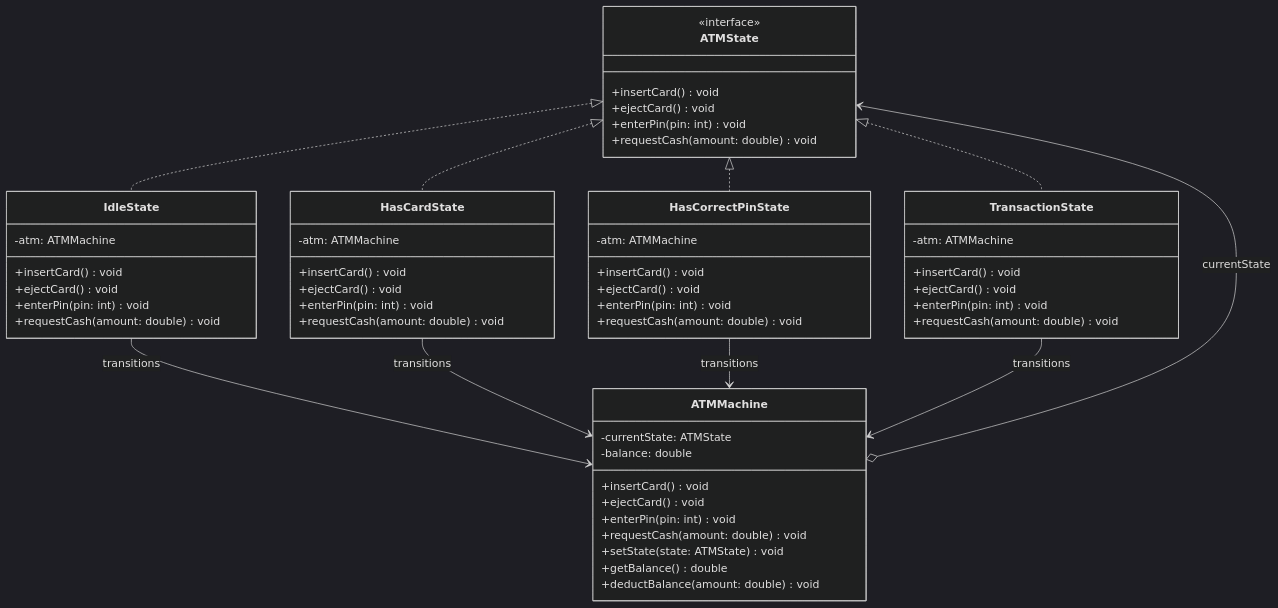
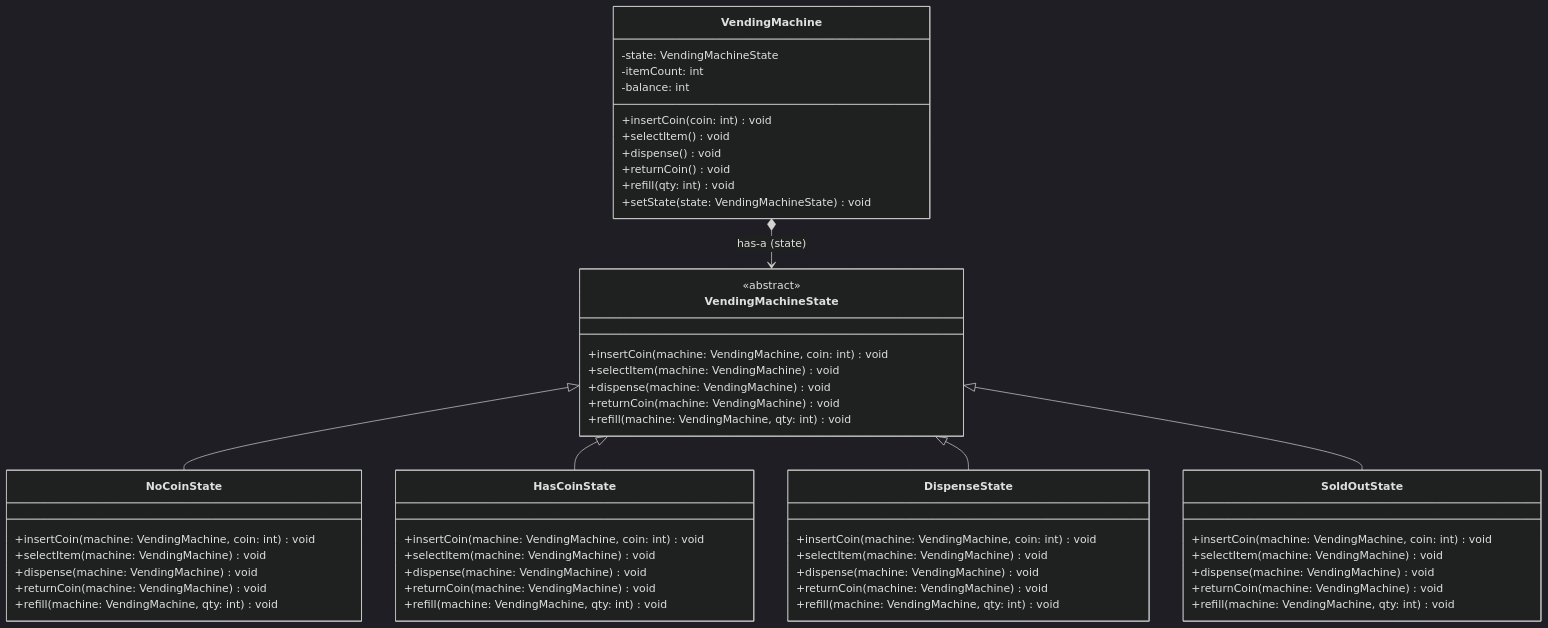
The diagram in src/state/README.md (kubrck/LLD), drawn with Mermaid (dark theme) before and after one commit. The commit also changed other lines of this file and 13 other files, not shown here.

First line of the commit message:
refactor(state): replace ATM with Vending Machine pattern

````diff
--- a/src/state/README.md
+++ b/src/state/README.md
@@ -7,64 +7,62 @@
 ```mermaid
 classDiagram
-    class ATMState {
-        <<interface>>
-        +insertCard() void
-        +ejectCard() void
-        +enterPin(pin: int) void
-        +requestCash(amount: double) void
+    class VendingMachineState {
+        <<abstract>>
+        +insertCoin(machine: VendingMachine, coin: int) void
+        +selectItem(machine: VendingMachine) void
+        +dispense(machine: VendingMachine) void
+        +returnCoin(machine: VendingMachine) void
+        +refill(machine: VendingMachine, qty: int) void
     }
 
-    class IdleState {
-        -atm: ATMMachine
-        +insertCard() void
-        +ejectCard() void
-        +enterPin(pin: int) void
-        +requestCash(amount: double) void
+    class NoCoinState {
+        +insertCoin(machine: VendingMachine, coin: int) void
+        +selectItem(machine: VendingMachine) void
+        +dispense(machine: VendingMachine) void
+        +returnCoin(machine: VendingMachine) void
+        +refill(machine: VendingMachine, qty: int) void
     }
 
-    class HasCardState {
-        -atm: ATMMachine
-        +insertCard() void
-        +ejectCard() void
-        +enterPin(pin: int) void
-        +requestCash(amount: double) void
+    class HasCoinState {
+        +insertCoin(machine: VendingMachine, coin: int) void
+        +selectItem(machine: VendingMachine) void
+        +dispense(machine: VendingMachine) void
+        +returnCoin(machine: VendingMachine) void
+        +refill(machine: VendingMachine, qty: int) void
     }
 
-    class HasCorrectPinState {
-        -atm: ATMMachine
-        +insertCard() void
-        +ejectCard() void
-        +enterPin(pin: int) void
-        +requestCash(amount: double) void
+    class DispenseState {
+        +insertCoin(machine: VendingMachine, coin: int) void
+        +selectItem(machine: VendingMachine) void
+        +dispense(machine: VendingMachine) void
+        +returnCoin(machine: VendingMachine) void
+        +refill(machine: VendingMachine, qty: int) void
     }
 
-    class TransactionState {
-        -atm: ATMMachine
-        +insertCard() void
-        +ejectCard() void
-        +enterPin(pin: int) void
-        +requestCash(amount: double) void
+    class SoldOutState {
+        +insertCoin(machine: VendingMachine, coin: int) void
+        +selectItem(machine: VendingMachine) void
+        +dispense(machine: VendingMachine) void
+        +returnCoin(machine: VendingMachine) void
+        +refill(machine: VendingMachine, qty: int) void
     }
 
-    class ATMMachine {
-        -currentState: ATMState
-        -balance: double
-        +insertCard() void
-        +ejectCard() void
-        +enterPin(pin: int) void
-        +requestCash(amount: double) void
-        +setState(state: ATMState) void
-        +getBalance() double
-        +deductBalance(amount: double) void
+    class VendingMachine {
+        -state: VendingMachineState
+        -itemCount: int
+        -balance: int
+        +insertCoin(coin: int) void
+        +selectItem() void
+        +dispense() void
+        +returnCoin() void
+        +refill(qty: int) void
+        +setState(state: VendingMachineState) void
     }
 
-    ATMState <|.. IdleState
-    ATMState <|.. HasCardState
-    ATMState <|.. HasCorrectPinState
-    ATMState <|.. TransactionState
-    ATMMachine o--> ATMState : currentState
-    IdleState --> ATMMachine : transitions
-    HasCardState --> ATMMachine : transitions
-    HasCorrectPinState --> ATMMachine : transitions
-    TransactionState --> ATMMachine : transitions
+    VendingMachineState <|-- NoCoinState
+    VendingMachineState <|-- HasCoinState
+    VendingMachineState <|-- DispenseState
+    VendingMachineState <|-- SoldOutState
+
+    VendingMachine *--> VendingMachineState : has-a (state)
 ```
````
